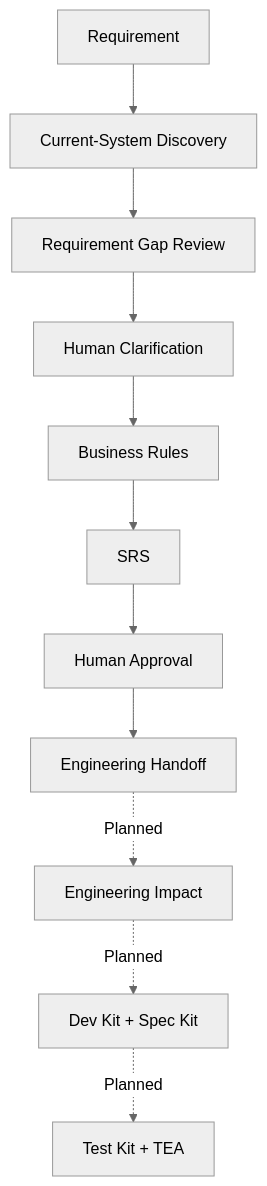
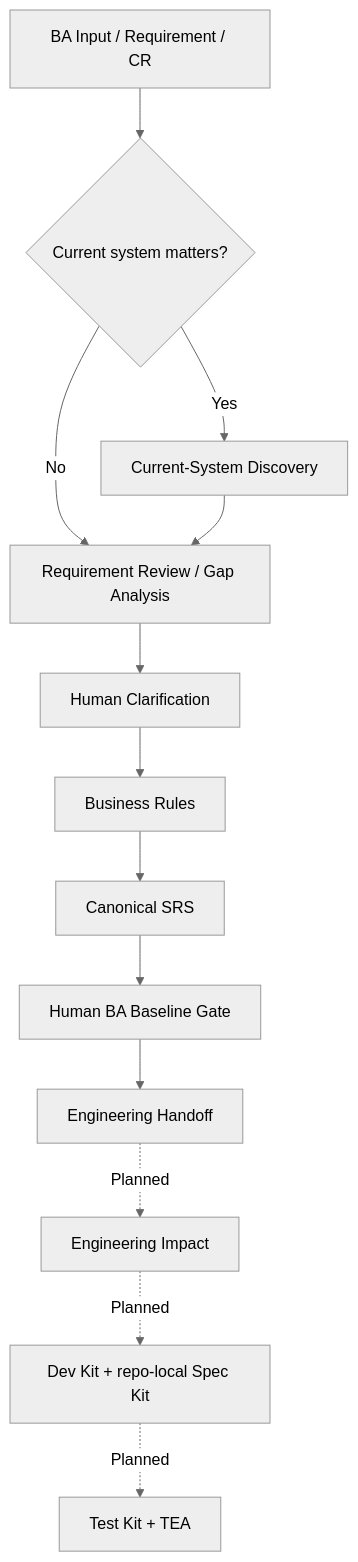
One commit to iceteaofyoureyes/agent-skills changed the first of 2 diagrams in docs/en/BA_KIT_WORKFLOW.md. Above: the diagram before and after it, drawn with Mermaid (neutral theme). The commit also changed other lines of this file and 29 other files, not shown here.

```diff
--- a/docs/en/BA_KIT_WORKFLOW.md
+++ b/docs/en/BA_KIT_WORKFLOW.md
@@ -7,13 +12,15 @@
 ~~~mermaid
 flowchart TD
-    A[Requirement] --> B[Current-System Discovery]
-    B --> C[Requirement Gap Review]
-    C --> D[Human Clarification]
-    D --> E[Business Rules]
-    E --> F[SRS]
-    F --> G[Human Approval]
-    G --> H[Engineering Handoff]
-    H -. Planned .-> I[Engineering Impact]
-    I -. Planned .-> J[Dev Kit + Spec Kit]
-    J -. Planned .-> K[Test Kit + TEA]
+    A[BA Input / Requirement / CR] --> B{Current system matters?}
+    B -- Yes --> C[Current-System Discovery]
+    B -- No --> D[Requirement Review / Gap Analysis]
+    C --> D
+    D --> E[Human Clarification]
+    E --> F[Business Rules]
+    F --> G[Canonical SRS]
+    G --> H[Human BA Baseline Gate]
+    H --> I[Engineering Handoff]
+    I -. Planned .-> J[Engineering Impact]
+    J -. Planned .-> K[Dev Kit + repo-local Spec Kit]
+    K -. Planned .-> L[Test Kit + TEA]
 ~~~
```
